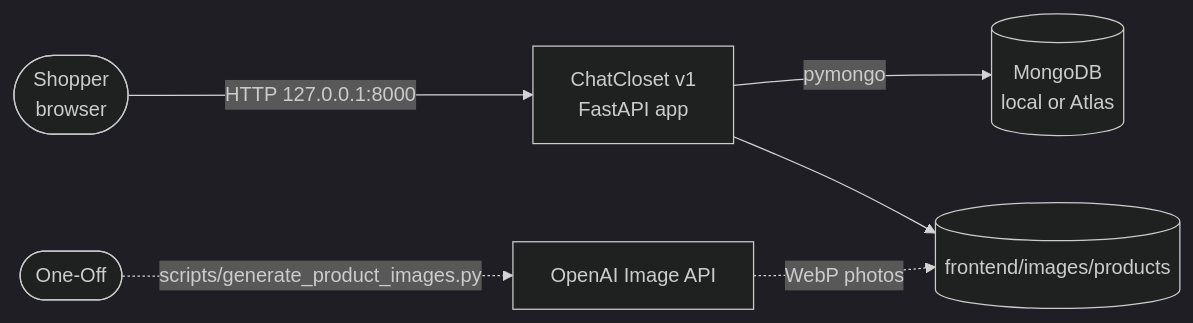
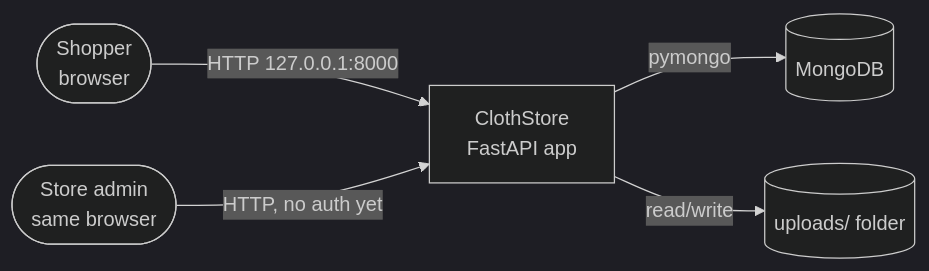
The first of 4 diagrams in docs/HLD.md (abhishek-tiwari-nitrr/ChatCloset), drawn with Mermaid (dark theme) before and after one commit. The commit also changed other lines of this file and 1 other file, not shown here.

````diff
--- a/docs/HLD.md
+++ b/docs/HLD.md
@@ -13,8 +13,7 @@
 ```mermaid
 flowchart LR
-    shopper([Shopper<br/>browser]) -->|HTTP 127.0.0.1:8000| app[ChatCloset v1<br/>FastAPI app]
-    app -->|pymongo| db[(MongoDB<br/>local or Atlas)]
-    dev([One-Off]) -.->|scripts/generate_product_images.py| openai[OpenAI Image API]
-    openai -.->|WebP photos| files[(frontend/images/products)]
-    app --> files
+    shopper([Shopper<br/>browser]) -->|HTTP 127.0.0.1:8000| app[ClothStore<br/>FastAPI app]
+    admin([Store admin<br/>same browser]) -->|HTTP, no auth yet| app
+    app -->|pymongo| db[(MongoDB)]
+    app -->|read/write| fs[(uploads/ folder)]
 ```
````
